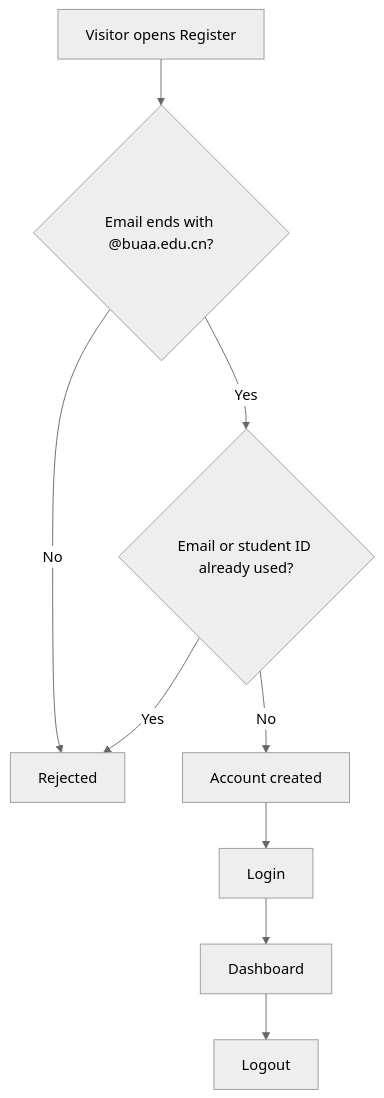
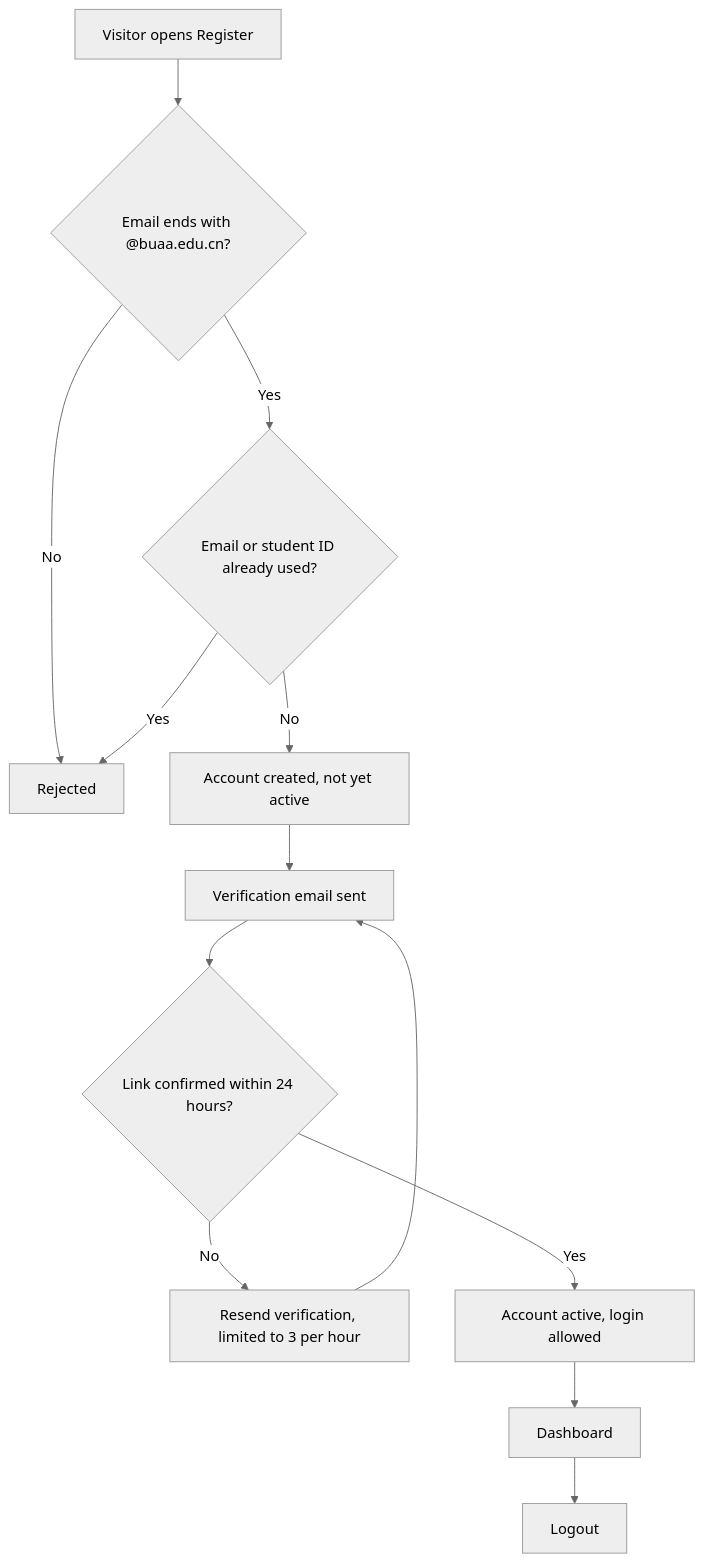
Before and after one commit to bhsei/26F: the fourth of 4 diagrams in docs/requirements/SRS.md, drawn with Mermaid (neutral theme). The commit also changed other lines of this file, not shown here.

````diff
--- a/docs/requirements/SRS.md
+++ b/docs/requirements/SRS.md
@@ -355,11 +410,15 @@
 ```mermaid
 flowchart TD
     A[Visitor opens Register] --> B{Email ends with @buaa.edu.cn?}
     B -- No --> X[Rejected]
     B -- Yes --> C{Email or student ID already used?}
     C -- Yes --> X
-    C -- No --> D[Account created]
-    D --> E[Login]
+    C -- No --> D[Account created, not yet active]
+    D --> M[Verification email sent]
+    M --> V{Link confirmed within 24 hours?}
+    V -- No --> R[Resend verification, limited to 3 per hour]
+    R --> M
+    V -- Yes --> E[Account active, login allowed]
     E --> F[Dashboard]
     F --> G[Logout]
 ```
````
